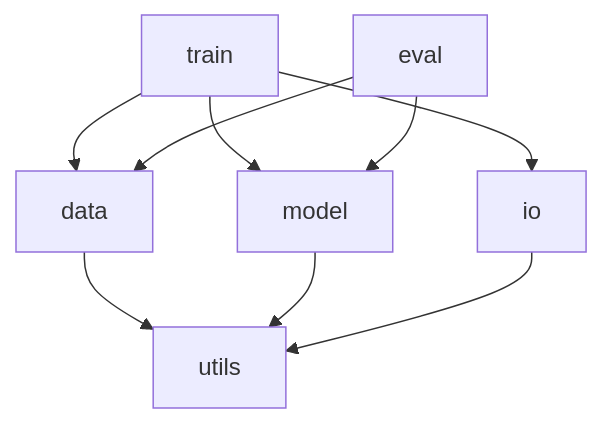
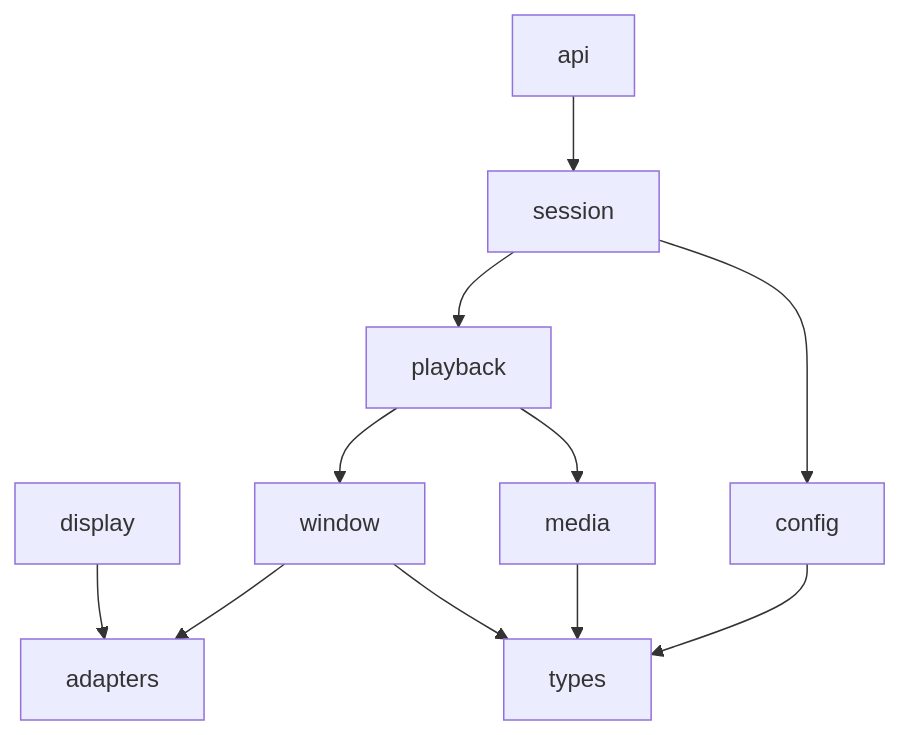
The diagram in docs/ARCHITECTURE.md (maedayoshiaki/projector-controller), drawn with Mermaid before and after one commit. The commit also changed other lines of this file and 13 other files, not shown here.

Commit message:
ARCHITECTURE.mdの内容を整理し、設計方針や制約を明確化した。投影用Pythonライブラリの設計メモとして、公開APIや依存ライブラリの未確定事項を記載。EXPERIMENTS.mdを投影テストログとして改訂し、記録ルールを具体化。GLOSSARY.mdに新しい用語を追加し、用語の定義を明確化。THEORY.mdのタイトルを変更し、数式や理論の所有ルールを明記。ADRテンプレートを改善し、決定の背景や代替案の記載方法を明確にした

````diff
--- a/docs/ARCHITECTURE.md
+++ b/docs/ARCHITECTURE.md
@@ -90,11 +75,13 @@
 ```mermaid
 graph TD
-  train --> data
-  train --> model
-  train --> io
-  eval --> data
-  eval --> model
-  data --> utils
-  model --> utils
-  io --> utils
+  api --> session
+  session --> playback
+  session --> config
+  playback --> window
+  playback --> media
+  window --> adapters
+  display --> adapters
+  config --> types
+  media --> types
+  window --> types
 ```
````
